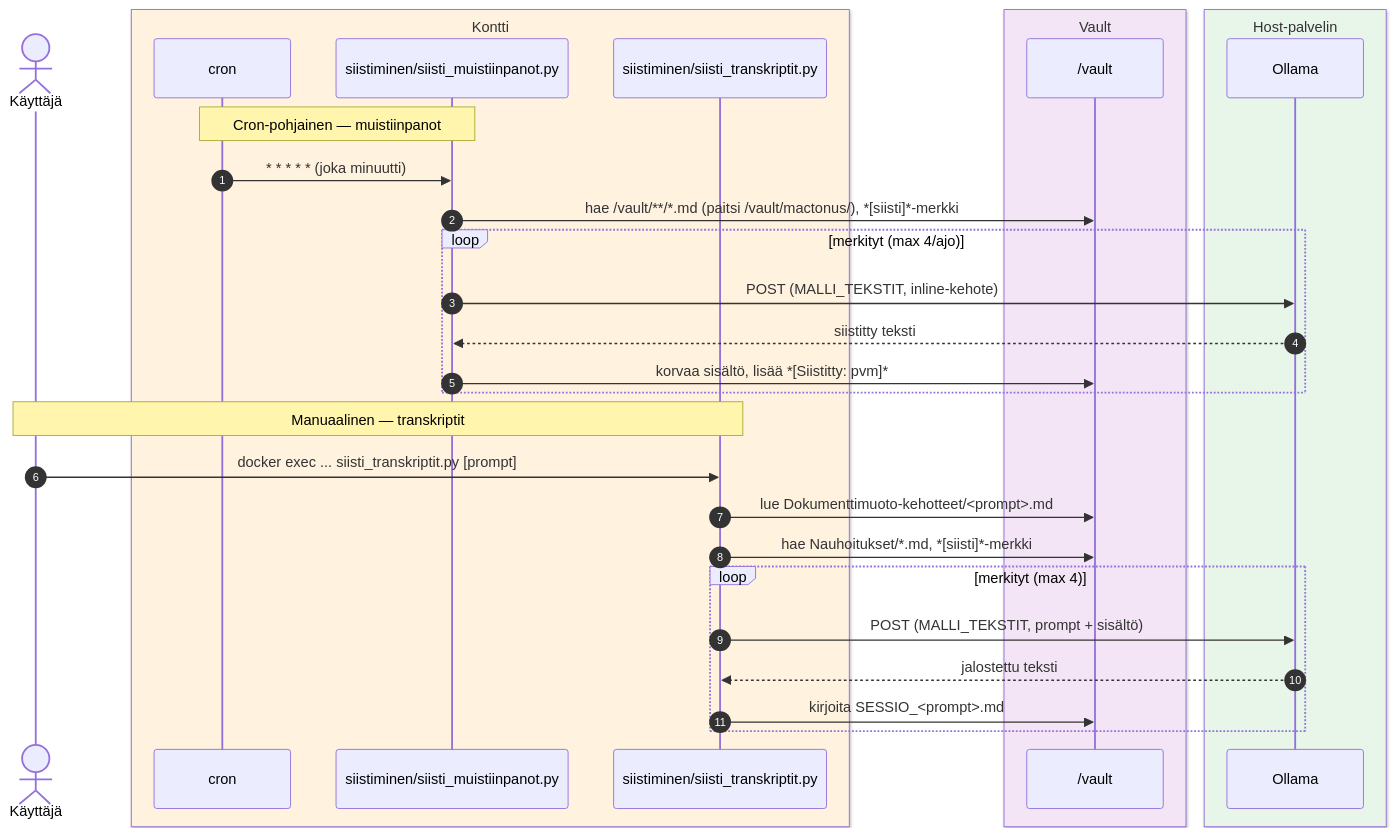
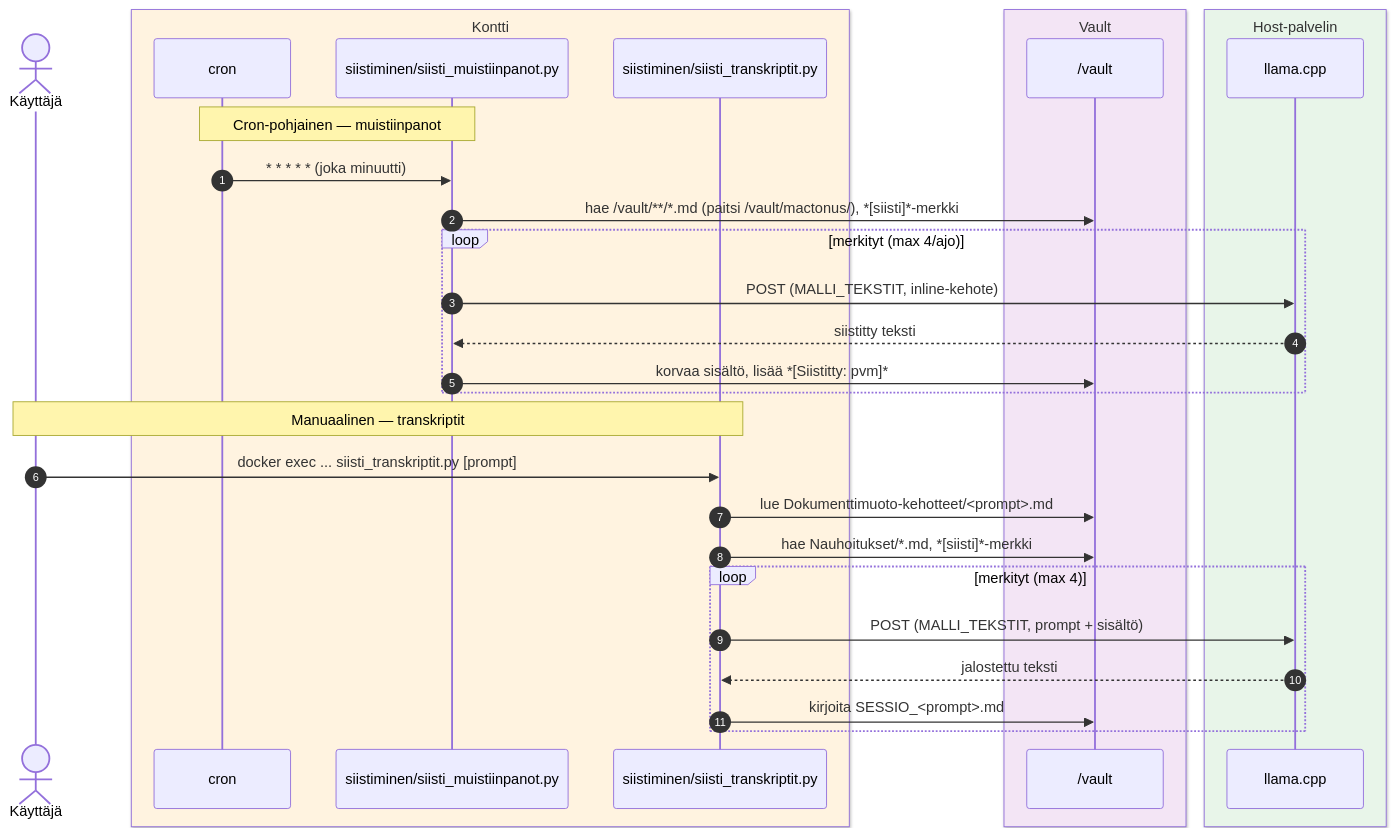
One commit to atonusgit/mactonus changed the diagram in scripts/siistiminen/README.md. Above: the diagram before and after it, drawn with Mermaid. The commit also changed 19 other files, not shown here.

First line of the commit message:
Migroi Ollamasta llama.cpp:hen (OpenAI-yhteensopiva rajapinta)

````diff
--- a/scripts/siistiminen/README.md
+++ b/scripts/siistiminen/README.md
@@ -5,35 +5,35 @@
 ```mermaid
 sequenceDiagram
     autonumber
     actor U as Käyttäjä
     box rgb(255, 243, 224) Kontti
         participant Cron as cron
         participant CO as siistiminen/siisti_muistiinpanot.py
         participant CT as siistiminen/siisti_transkriptit.py
     end
     box rgb(243, 229, 245) Vault
         participant V as /vault
     end
     box rgb(232, 245, 233) Host-palvelin
-        participant Ol as Ollama
+        participant Ol as llama.cpp
     end
 
     Note over Cron,CO: Cron-pohjainen — muistiinpanot
     Cron->>CO: * * * * * (joka minuutti)
     CO->>V: hae /vault/**/*.md (paitsi /vault/mactonus/), *[siisti]*-merkki
     loop merkityt (max 4/ajo)
         CO->>Ol: POST (MALLI_TEKSTIT, inline-kehote)
         Ol-->>CO: siistitty teksti
         CO->>V: korvaa sisältö, lisää *[Siistitty: pvm]*
     end
 
     Note over U,CT: Manuaalinen — transkriptit
     U->>CT: docker exec ... siisti_transkriptit.py [prompt]
     CT->>V: lue Dokumenttimuoto-kehotteet/<prompt>.md
     CT->>V: hae Nauhoitukset/*.md, *[siisti]*-merkki
     loop merkityt (max 4)
         CT->>Ol: POST (MALLI_TEKSTIT, prompt + sisältö)
         Ol-->>CT: jalostettu teksti
         CT->>V: kirjoita SESSIO_<prompt>.md
     end
 ```
````
